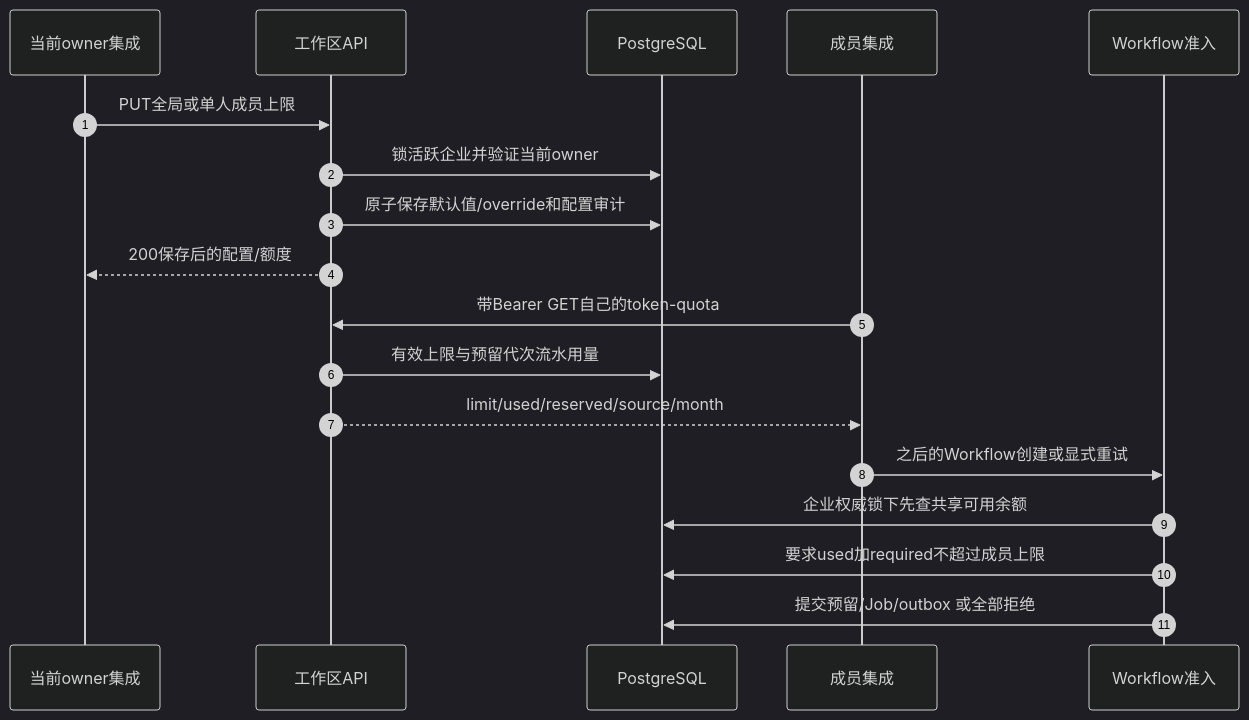
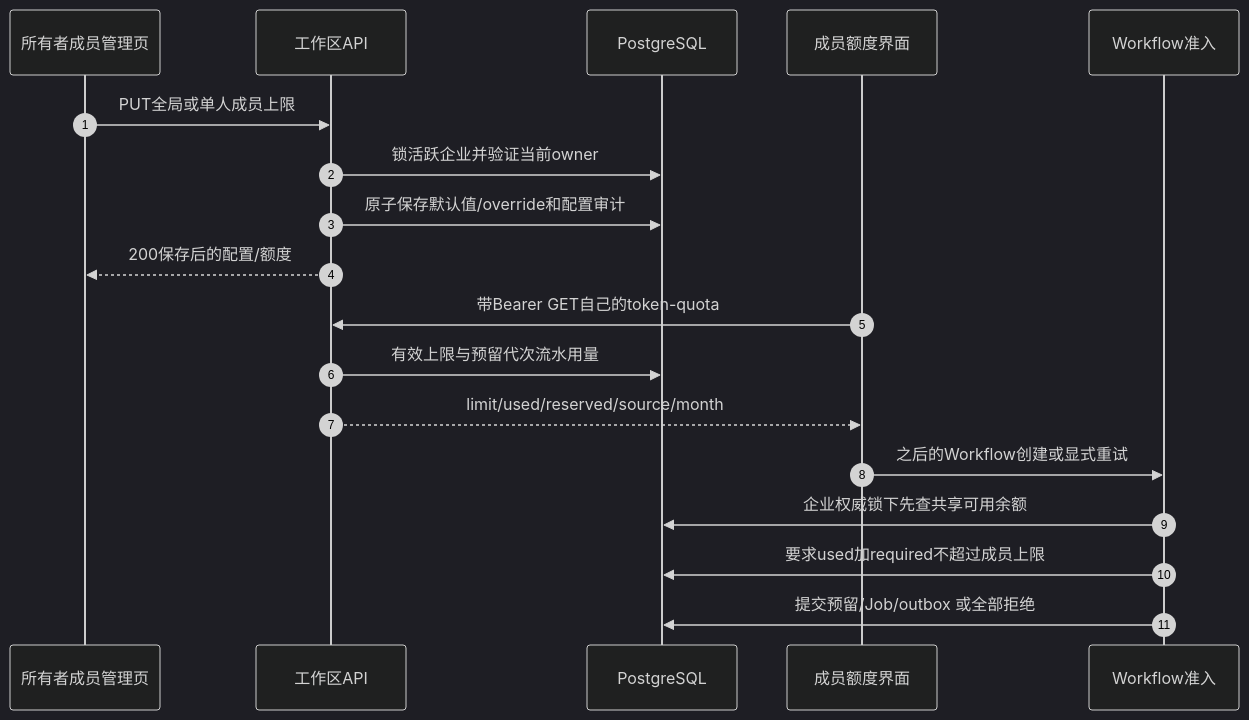
Before and after one commit to Orientation-CD/docs: the diagram in zh/reference/flows/member-quota-flow.md, drawn with Mermaid (dark theme). The commit also changed other lines of this file and 203 other files, not shown here.

````diff
--- a/zh/reference/flows/member-quota-flow.md
+++ b/zh/reference/flows/member-quota-flow.md
@@ -7,20 +7,20 @@
 ```mermaid
 sequenceDiagram
   autonumber
-  participant O as 当前owner集成
+  participant O as 所有者成员管理页
   participant API as 工作区API
   participant DB as PostgreSQL
-  participant M as 成员集成
+  participant M as 成员额度界面
   participant A as Workflow准入
   O->>API: PUT全局或单人成员上限
   API->>DB: 锁活跃企业并验证当前owner
   API->>DB: 原子保存默认值/override和配置审计
   API-->>O: 200保存后的配置/额度
   M->>API: 带Bearer GET自己的token-quota
   API->>DB: 有效上限与预留代次流水用量
   API-->>M: limit/used/reserved/source/month
   M->>A: 之后的Workflow创建或显式重试
   A->>DB: 企业权威锁下先查共享可用余额
   A->>DB: 要求used加required不超过成员上限
   A->>DB: 提交预留/Job/outbox 或全部拒绝
 ```
````
